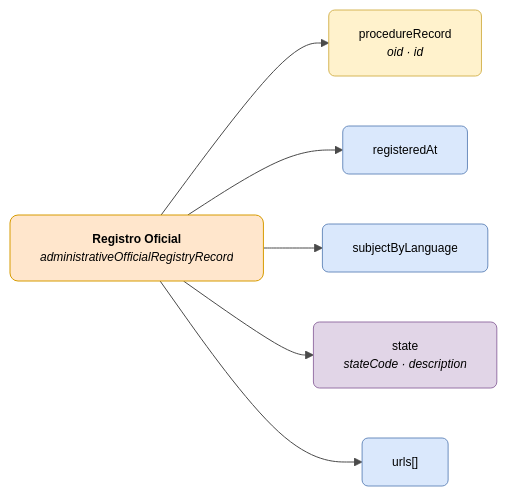
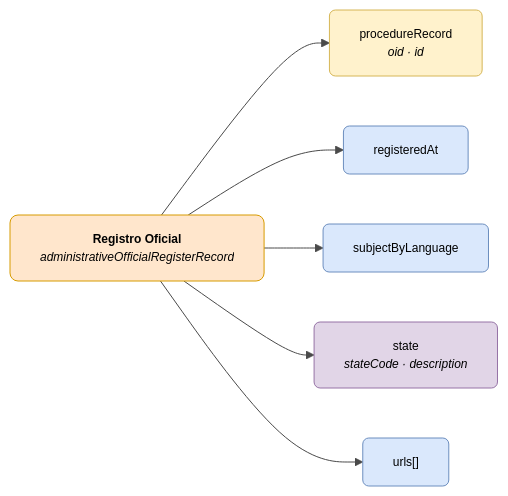
Before and after one commit to DENA-Euskadi/dena-euskadi.github.io: the diagram in docs/semantica/data-retrieve/data/registro-oficial.md, drawn with Mermaid. The commit also changed other lines of this file and 76 other files, not shown here.

````diff
--- a/docs/semantica/data-retrieve/data/registro-oficial.md
+++ b/docs/semantica/data-retrieve/data/registro-oficial.md
@@ -14,29 +14,29 @@
 ```mermaid
 ---
 config:
   theme: base
   themeVariables:
     primaryColor: "#FFFFFF"
     primaryTextColor: "#000000"
     primaryBorderColor: "#CCCCCC"
     lineColor: "#4A4A4A"
     fontSize: "12px"
 ---
 flowchart LR
-    REG["<b>Registro Oficial</b><br/><i>administrativeOfficialRegistryRecord</i>"]
+    REG["<b>Registro Oficial</b><br/><i>administrativeOfficialRegisterRecord</i>"]
 
     REG --> EXP["procedureRecord<br/><i>oid · id</i>"]
     REG --> DATE["registeredAt"]
     REG --> SUBJECT["subjectByLanguage"]
     REG --> STATE["state<br/><i>stateCode · description</i>"]
     REG --> URLS["urls[]"]
 
     style REG fill:#ffe6cc,stroke:#d79b00,color:#000000,rx:8,ry:8
     style EXP fill:#fff2cc,stroke:#d6b656,color:#000000,rx:6,ry:6
     style DATE fill:#dae8fc,stroke:#6c8ebf,color:#000000,rx:6,ry:6
     style SUBJECT fill:#dae8fc,stroke:#6c8ebf,color:#000000,rx:6,ry:6
     style STATE fill:#e1d5e7,stroke:#9673a6,color:#000000,rx:6,ry:6
     style URLS fill:#dae8fc,stroke:#6c8ebf,color:#000000,rx:6,ry:6
 
-    click EXP "https://github.com/DENA-Euskadi/dena-common-docs/blob/main/docs/semantica/data-retrieve/data/expediente.md" "Ver Expediente"
+    click EXP "../expediente/" "Ver Expediente"
 ```
````
